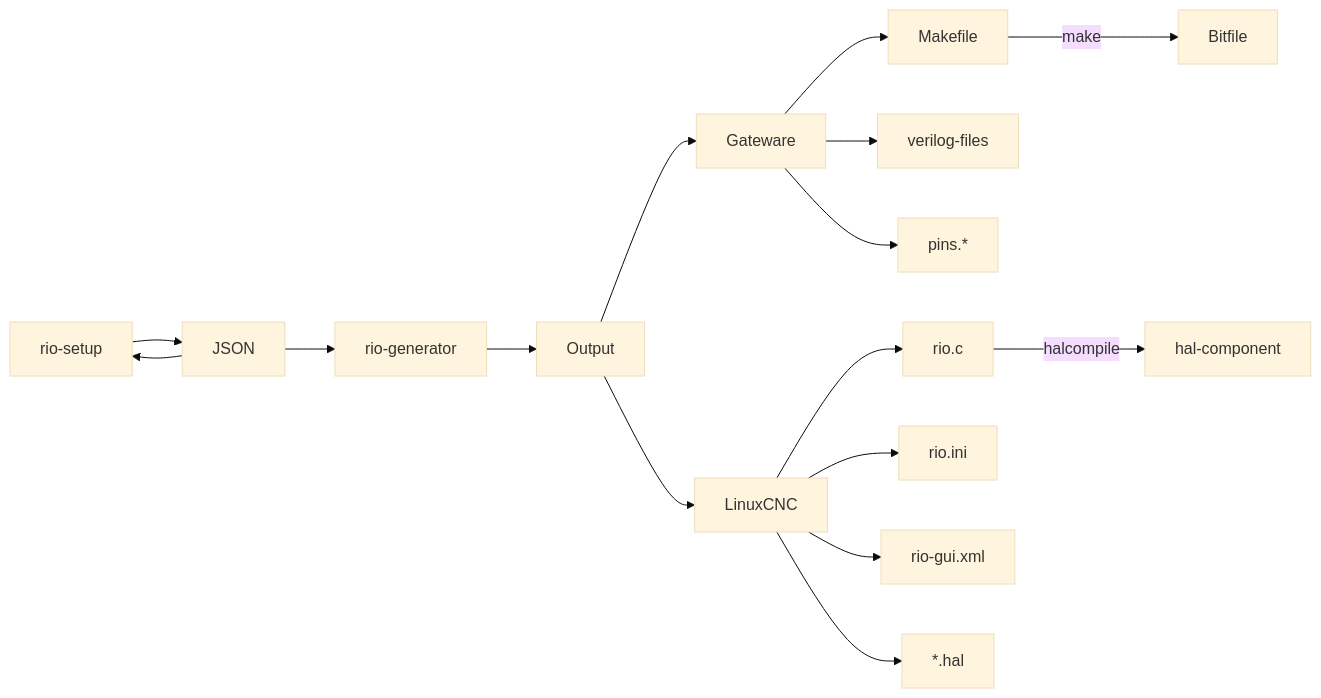
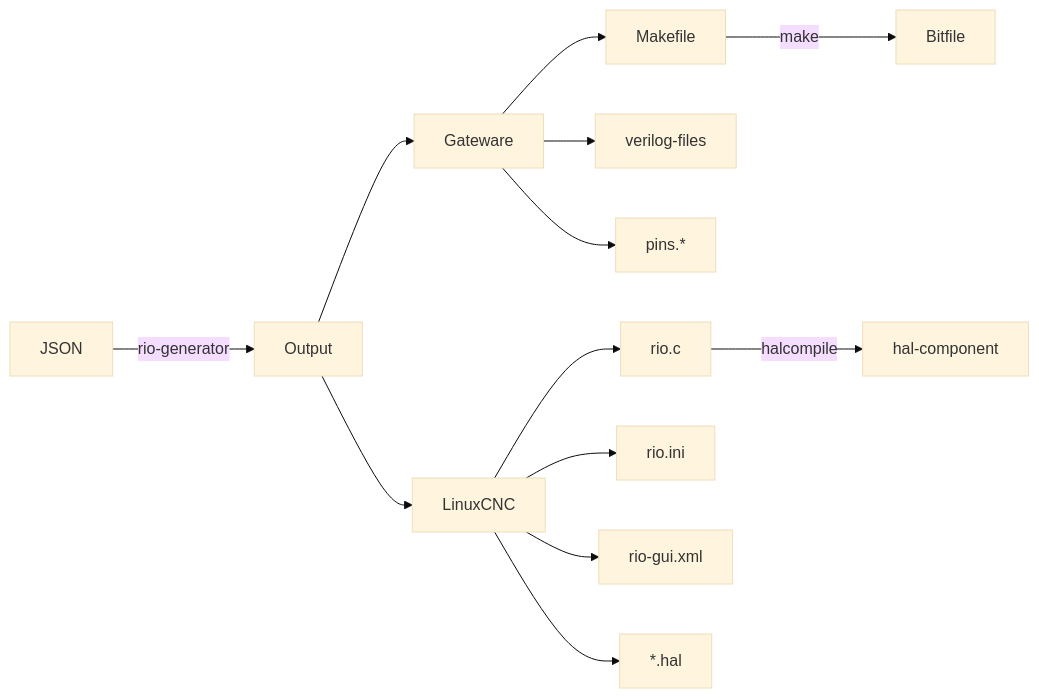
The diagram in README.md (multigcs/riocore), drawn with Mermaid (base theme) before and after one commit.

````diff
--- a/README.md
+++ b/README.md
@@ -158,18 +158,15 @@
 ```mermaid
 graph LR;
-    rio-setup-->JSON;
-    JSON-->rio-setup;
-    JSON-->rio-generator;
-    rio-generator-->Output;
+    JSON--rio-generator-->Output;
     Output-->Gateware;
     Gateware-->Makefile;
     Gateware-->verilog-files;
     Gateware-->pins.*;
     Makefile--make-->Bitfile;
     Output-->LinuxCNC;
     LinuxCNC-->rio.c;
     LinuxCNC-->rio.ini
     LinuxCNC-->rio-gui.xml
     LinuxCNC-->*.hal;
     rio.c--halcompile-->hal-component;
 ```
````
